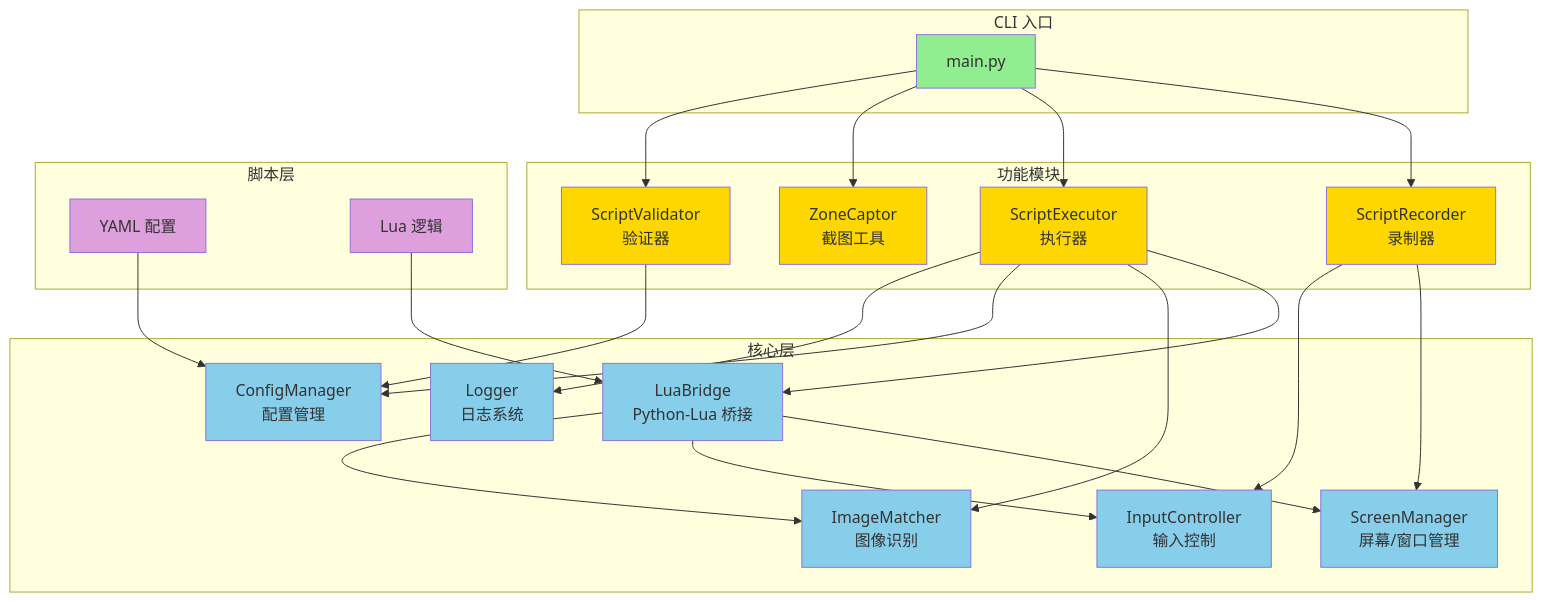
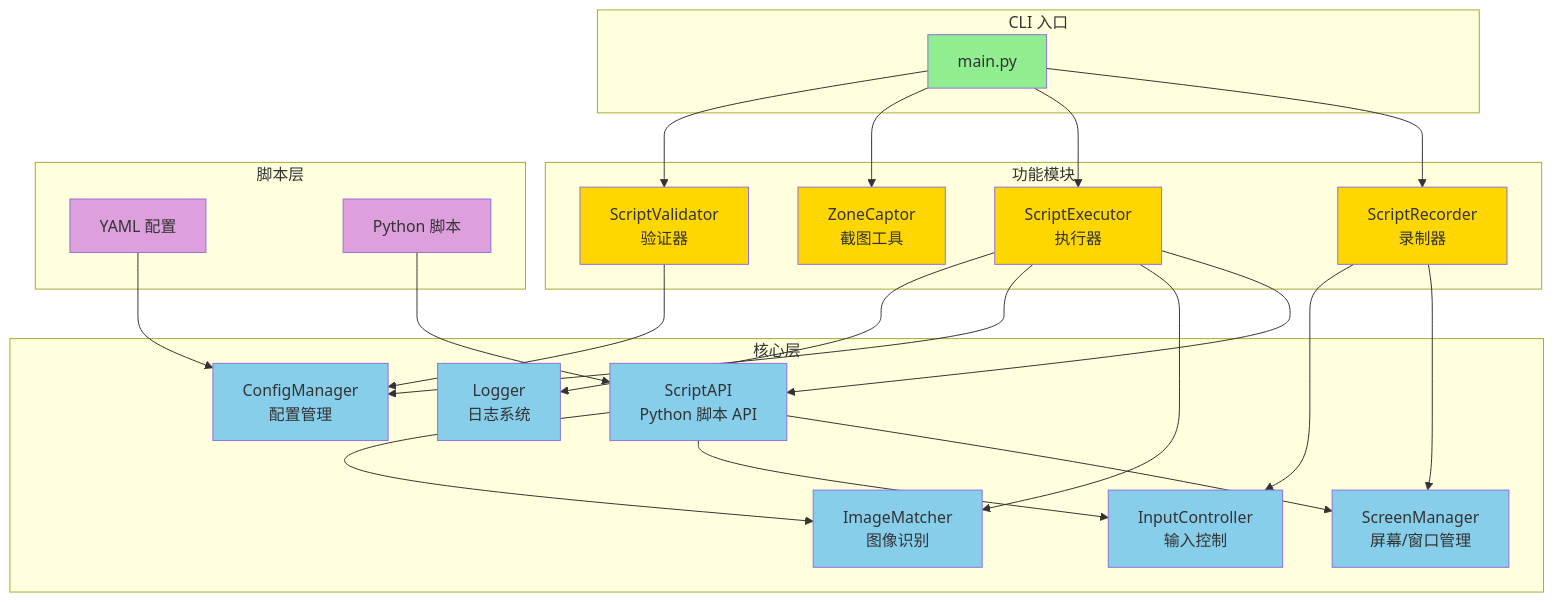
One commit to Ts-sound/GameMacroAutomation changed the first of 4 diagrams in docs/design/README.md. Above: the diagram before and after it, drawn with Mermaid. The commit also changed other lines of this file and 1 other file, not shown here.

First line of the commit message:
docs: 更新设计文档反映 Python 替代 Lua 的变更

````diff
--- a/docs/design/README.md
+++ b/docs/design/README.md
@@ -47,59 +47,59 @@
 ```mermaid
 graph TB
     subgraph CLI["CLI 入口"]
         main[main.py]
     end
     
     subgraph Core["核心层"]
         ScreenManager[ScreenManager<br/>屏幕/窗口管理]
         InputController[InputController<br/>输入控制]
         ImageMatcher[ImageMatcher<br/>图像识别]
-        LuaBridge[LuaBridge<br/>Python-Lua 桥接]
+        ScriptAPI[ScriptAPI<br/>Python 脚本 API]
         ConfigManager[ConfigManager<br/>配置管理]
         Logger[Logger<br/>日志系统]
     end
     
     subgraph Modules["功能模块"]
         Recorder[ScriptRecorder<br/>录制器]
         Executor[ScriptExecutor<br/>执行器]
         ZoneCaptor[ZoneCaptor<br/>截图工具]
         Validator[ScriptValidator<br/>验证器]
     end
     
     subgraph Scripts["脚本层"]
         YAML[YAML 配置]
-        Lua[Lua 逻辑]
+        Python[Python 脚本]
     end
     
     main --> Recorder
     main --> Executor
     main --> ZoneCaptor
     main --> Validator
     
     Recorder --> ScreenManager
     Recorder --> InputController
     
-    Executor --> LuaBridge
+    Executor --> ScriptAPI
     Executor --> ImageMatcher
     Executor --> ConfigManager
     Executor --> Logger
     
-    LuaBridge --> ScreenManager
-    LuaBridge --> InputController
-    LuaBridge --> ImageMatcher
+    ScriptAPI --> ScreenManager
+    ScriptAPI --> InputController
+    ScriptAPI --> ImageMatcher
     
     Validator --> ConfigManager
     
     YAML --> ConfigManager
-    Lua --> LuaBridge
+    Python --> ScriptAPI
 
     classDef entry fill:#90EE90;
     classDef core fill:#87CEEB;
     classDef module fill:#FFD700;
     classDef script fill:#DDA0DD;
     
     class main entry;
-    class ScreenManager,InputController,ImageMatcher,LuaBridge,ConfigManager,Logger core;
+    class ScreenManager,InputController,ImageMatcher,ScriptAPI,ConfigManager,Logger core;
     class Recorder,Executor,ZoneCaptor,Validator module;
-    class YAML,Lua script;
+    class YAML,Python script;
 ```
````
